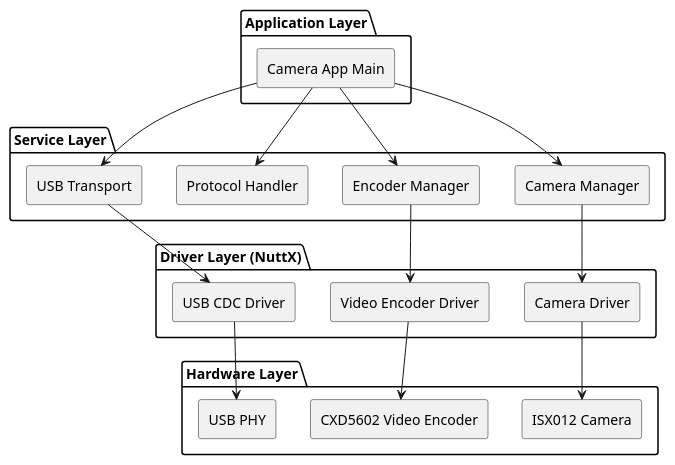
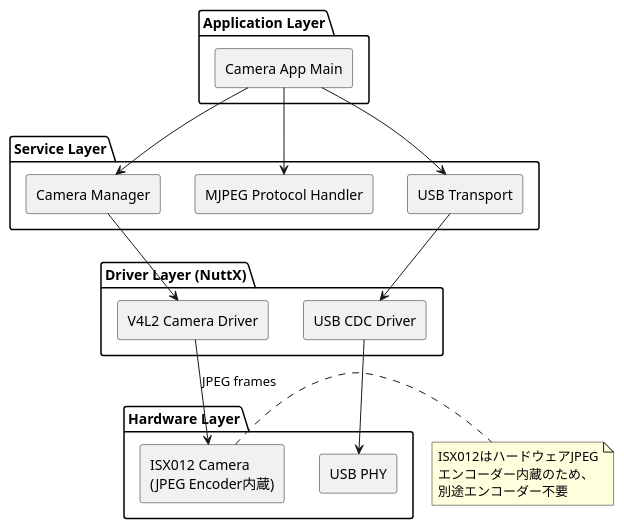
The first of 7 diagrams in docs/security_camera/01_specifications/05_SOFTWARE_SPEC_SPRESENSE.md (ken11111/Spr_wk), drawn with PlantUML before and after one commit. The commit also changed other lines of this file and 2 other files, not shown here.

````diff
--- a/docs/security_camera/01_specifications/05_SOFTWARE_SPEC_SPRESENSE.md
+++ b/docs/security_camera/01_specifications/05_SOFTWARE_SPEC_SPRESENSE.md
@@ -17,42 +19,42 @@
 ```plantuml
 @startuml
 skinparam componentStyle rectangle
 
 package "Application Layer" {
     [Camera App Main] as MAIN
 }
 
 package "Service Layer" {
     [Camera Manager] as CAM_MGR
-    [Encoder Manager] as ENC_MGR
-    [Protocol Handler] as PROTO
+    [MJPEG Protocol Handler] as PROTO
     [USB Transport] as USB_TRN
 }
 
 package "Driver Layer (NuttX)" {
-    [Camera Driver] as CAM_DRV
-    [Video Encoder Driver] as ENC_DRV
+    [V4L2 Camera Driver] as CAM_DRV
     [USB CDC Driver] as USB_DRV
 }
 
 package "Hardware Layer" {
-    [ISX012 Camera] as HW_CAM
-    [CXD5602 Video Encoder] as HW_ENC
+    [ISX012 Camera\n(JPEG Encoder内蔵)] as HW_CAM
     [USB PHY] as HW_USB
 }
 
 MAIN --> CAM_MGR
-MAIN --> ENC_MGR
 MAIN --> PROTO
 MAIN --> USB_TRN
 
 CAM_MGR --> CAM_DRV
-ENC_MGR --> ENC_DRV
 USB_TRN --> USB_DRV
 
-CAM_DRV --> HW_CAM
-ENC_DRV --> HW_ENC
+CAM_DRV --> HW_CAM : JPEG frames
 USB_DRV --> HW_USB
+
+note right of HW_CAM
+  ISX012はハードウェアJPEG
+  エンコーダー内蔵のため、
+  別途エンコーダー不要
+end note
 
 @enduml
 ```
````
